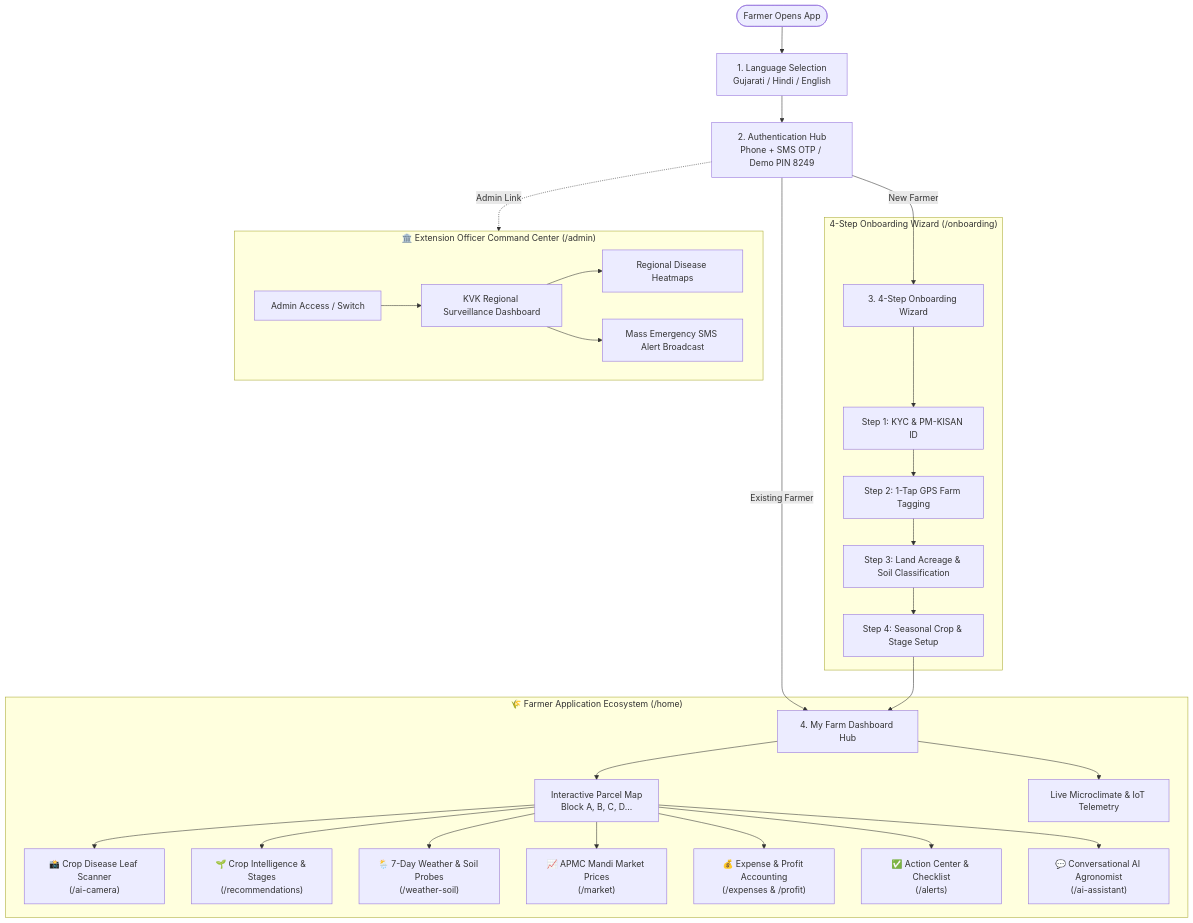
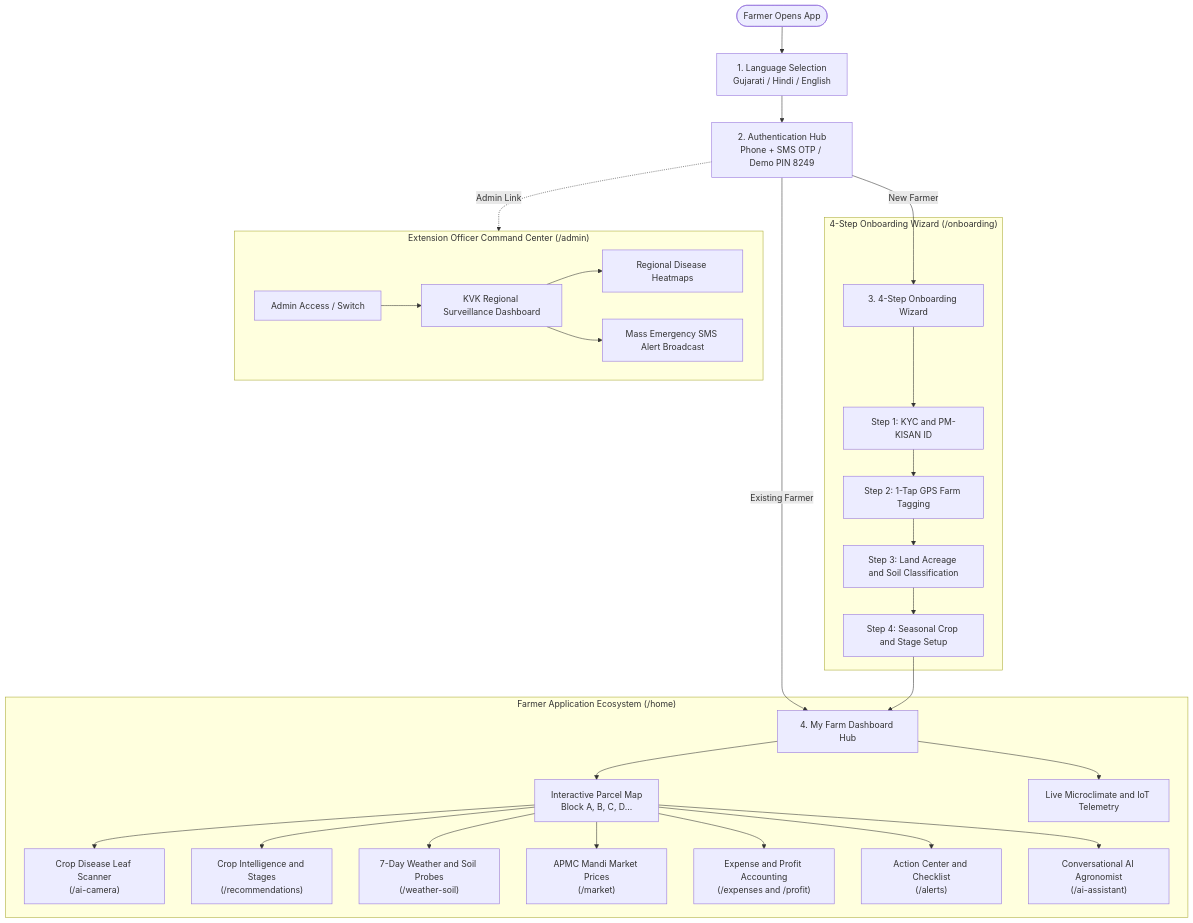
The first of 6 diagrams in APP_STRUCTURE.md (Xcoder-69/HACKFORGE), drawn with Mermaid before and after one commit. The commit also changed other lines of this file and 3 other files, not shown here.

````diff
--- a/APP_STRUCTURE.md
+++ b/APP_STRUCTURE.md
@@ -24,41 +24,41 @@
 ```mermaid
 flowchart TD
     %% Entry
     Start([Farmer Opens App]) --> Lang[1. Language Selection\nGujarati / Hindi / English]
     Lang --> Auth[2. Authentication Hub\nPhone + SMS OTP / Demo PIN 8249]
     
     %% Auth Decision
     Auth -->|New Farmer| Onboard[3. 4-Step Onboarding Wizard]
     Auth -->|Existing Farmer| Home[4. My Farm Dashboard Hub]
 
     %% Onboarding Steps
     subgraph Onboarding ["4-Step Onboarding Wizard (/onboarding)"]
-        Onboard --> Step1["Step 1: KYC & PM-KISAN ID"]
+        Onboard --> Step1["Step 1: KYC and PM-KISAN ID"]
         Step1 --> Step2["Step 2: 1-Tap GPS Farm Tagging"]
-        Step2 --> Step3["Step 3: Land Acreage & Soil Classification"]
-        Step3 --> Step4["Step 4: Seasonal Crop & Stage Setup"]
+        Step2 --> Step3["Step 3: Land Acreage and Soil Classification"]
+        Step3 --> Step4["Step 4: Seasonal Crop and Stage Setup"]
     end
     Step4 --> Home
 
     %% Core Ecosystem
-    subgraph CoreHub ["🌾 Farmer Application Ecosystem (/home)"]
+    subgraph CoreHub ["Farmer Application Ecosystem (/home)"]
         Home --> ParcelMap["Interactive Parcel Map\nBlock A, B, C, D..."]
-        Home --> Telemetry["Live Microclimate & IoT Telemetry"]
+        Home --> Telemetry["Live Microclimate and IoT Telemetry"]
         
-        ParcelMap --> Cam["📸 Crop Disease Leaf Scanner\n(/ai-camera)"]
-        ParcelMap --> Recs["🌱 Crop Intelligence & Stages\n(/recommendations)"]
-        ParcelMap --> Wx["🌦️ 7-Day Weather & Soil Probes\n(/weather-soil)"]
-        ParcelMap --> Mkt["📈 APMC Mandi Market Prices\n(/market)"]
-        ParcelMap --> Fin["💰 Expense & Profit Accounting\n(/expenses & /profit)"]
-        ParcelMap --> Tasks["✅ Action Center & Checklist\n(/alerts)"]
-        ParcelMap --> Chat["💬 Conversational AI Agronomist\n(/ai-assistant)"]
+        ParcelMap --> Cam["Crop Disease Leaf Scanner\n(/ai-camera)"]
+        ParcelMap --> Recs["Crop Intelligence and Stages\n(/recommendations)"]
+        ParcelMap --> Wx["7-Day Weather and Soil Probes\n(/weather-soil)"]
+        ParcelMap --> Mkt["APMC Mandi Market Prices\n(/market)"]
+        ParcelMap --> Fin["Expense and Profit Accounting\n(/expenses and /profit)"]
+        ParcelMap --> Tasks["Action Center and Checklist\n(/alerts)"]
+        ParcelMap --> Chat["Conversational AI Agronomist\n(/ai-assistant)"]
     end
 
     %% KVK Admin
-    subgraph AdminHub ["🏛️ Extension Officer Command Center (/admin)"]
+    subgraph AdminHub ["Extension Officer Command Center (/admin)"]
         AdminLogin["Admin Access / Switch"] --> KVK["KVK Regional Surveillance Dashboard"]
         KVK --> Outbreak["Regional Disease Heatmaps"]
         KVK --> Broadcast["Mass Emergency SMS Alert Broadcast"]
     end
     Auth -.->|Admin Link| AdminHub
 ```
````
